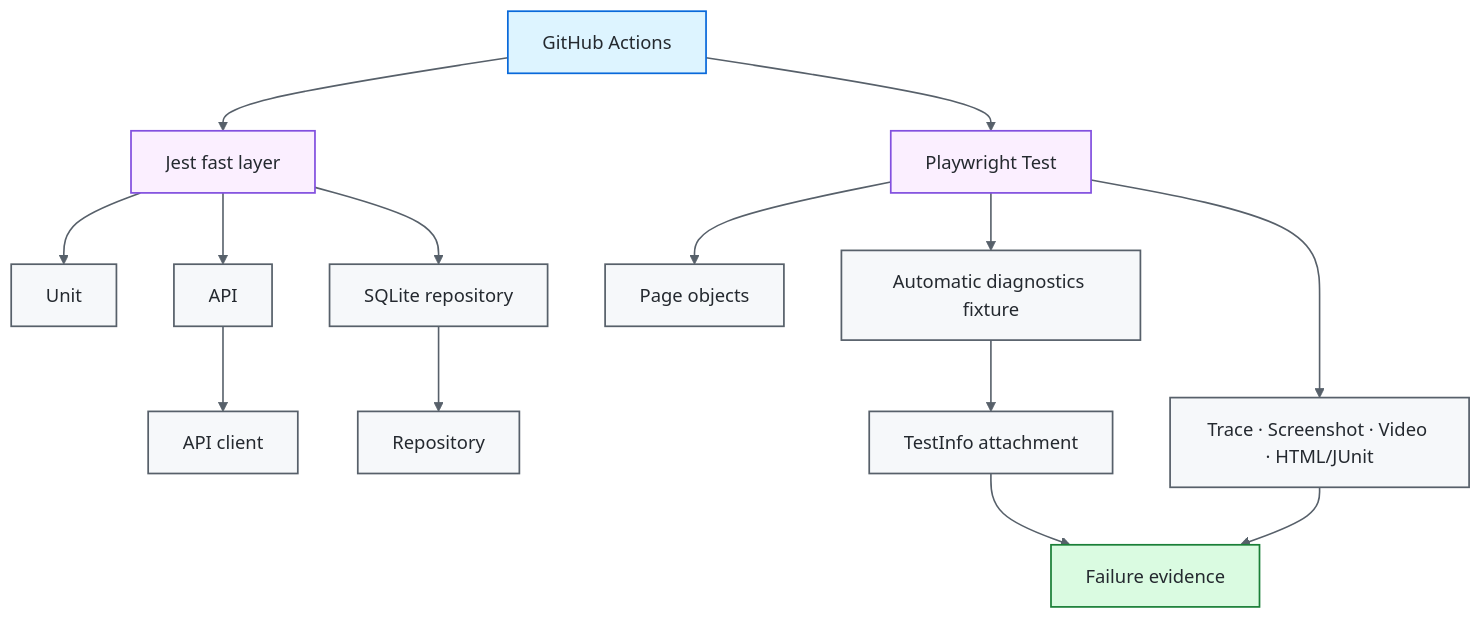
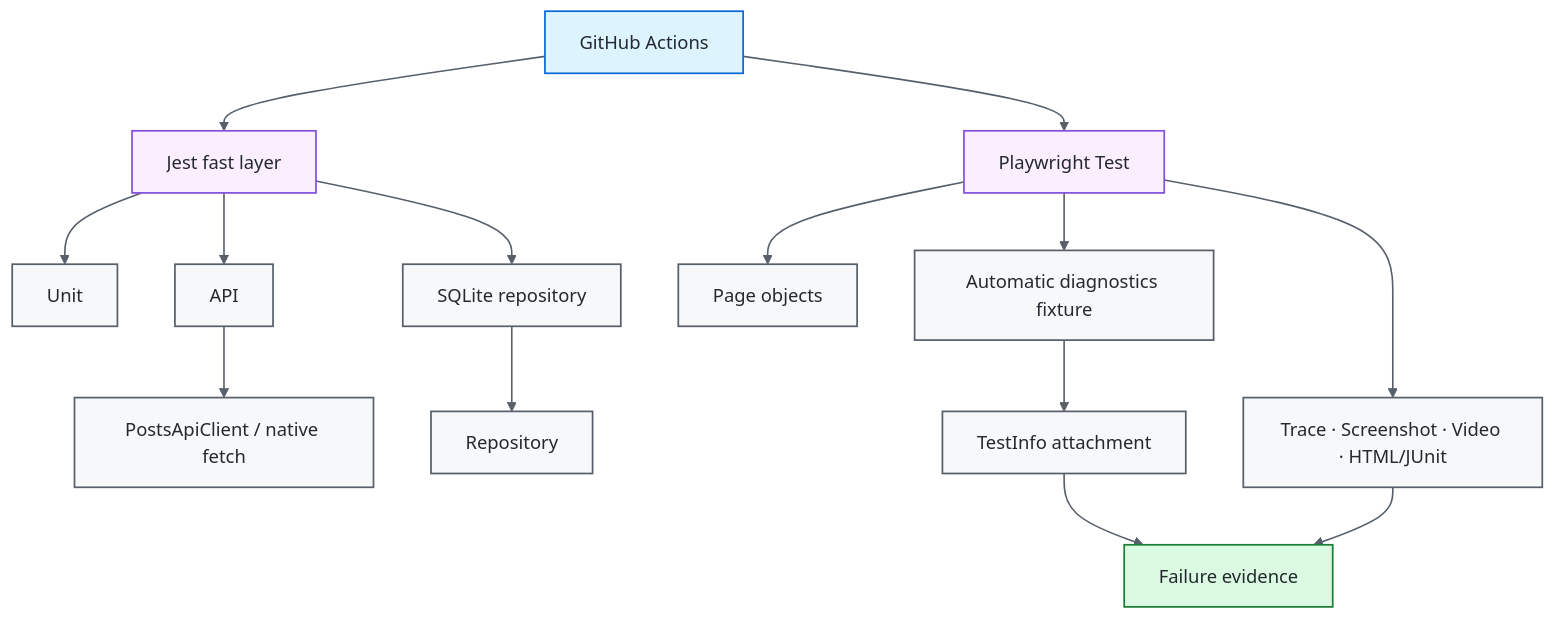
Before and after one commit to portyu9/qa-automation-node-playwright: the second of 3 diagrams in README.md, drawn with Mermaid (base theme). The commit also changed other lines of this file and 2 other files, not shown here.

````diff
--- a/README.md
+++ b/README.md
@@ -78,26 +97,26 @@
 ```mermaid
 flowchart TD
     CI[GitHub Actions] --> J[Jest fast layer]
     CI --> PW[Playwright Test]
     J --> UNIT[Unit]
     J --> API[API]
     J --> DB[SQLite repository]
     PW --> PAGE[Page objects]
     PW --> FIX[Automatic diagnostics fixture]
     FIX --> ATT[TestInfo attachment]
     PW --> NATIVE[Trace · Screenshot · Video · HTML/JUnit]
-    API --> CLIENT[API client]
+    API --> CLIENT[PostsApiClient / native fetch]
     DB --> REPO[Repository]
     ATT --> OBS[Failure evidence]
     NATIVE --> OBS
 
     classDef entry fill:#ddf4ff,stroke:#0969da,color:#24292f,stroke-width:1.5px;
     classDef core fill:#f6f8fa,stroke:#57606a,color:#24292f,stroke-width:1.5px;
     classDef gate fill:#fbefff,stroke:#8250df,color:#24292f,stroke-width:1.5px;
     classDef evidence fill:#dafbe1,stroke:#1a7f37,color:#24292f,stroke-width:1.5px;
     class CI entry;
     class J,PW gate;
     class UNIT,API,DB,PAGE,FIX,ATT,NATIVE,CLIENT,REPO core;
     class OBS evidence;
     linkStyle default stroke:#57606a,stroke-width:1.4px;
 ```
````
